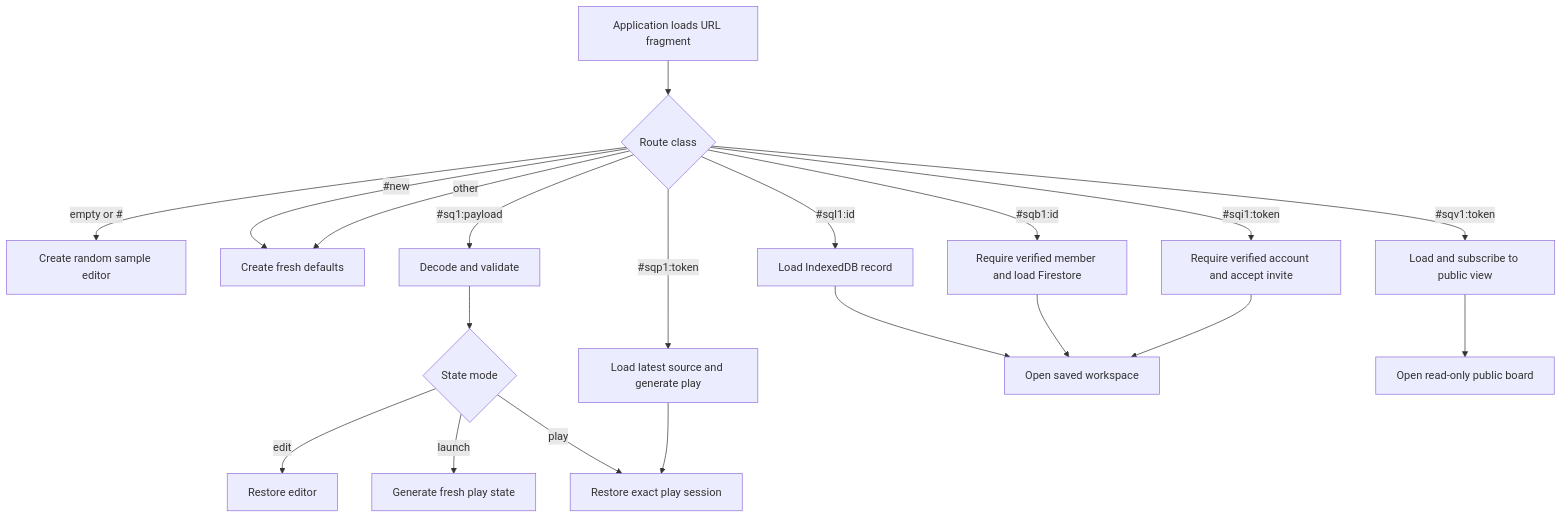
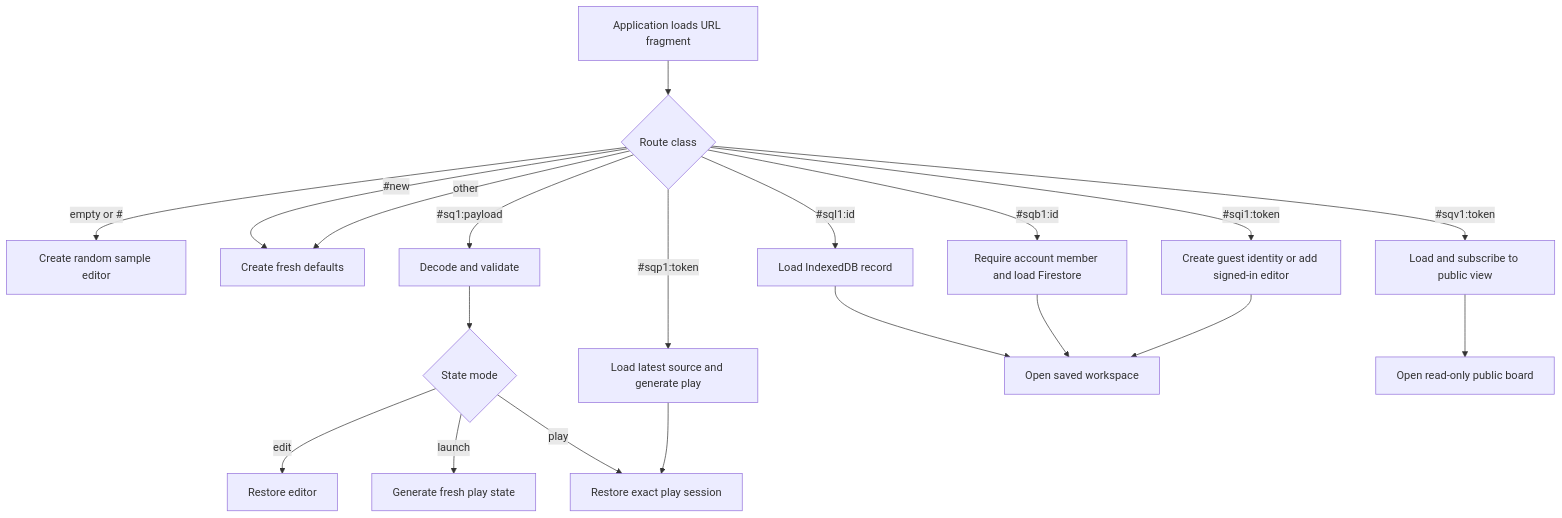
Before and after one commit to mikejhill/squarecast: the diagram in docs/state-and-routing.md, drawn with Mermaid. The commit also changed other lines of this file and 18 other files, not shown here.

Commit message:
Allow guest access through editor links

````diff
--- a/docs/state-and-routing.md
+++ b/docs/state-and-routing.md
@@ -58,22 +58,22 @@
 ```mermaid
 flowchart TD
     A["Application loads URL fragment"] --> B{"Route class"}
     B -- "empty or #" --> C["Create random sample editor"]
     B -- "#new" --> D["Create fresh defaults"]
     B -- "#sq1:payload" --> E["Decode and validate"]
     B -- "#sql1:id" --> L["Load IndexedDB record"]
-    B -- "#sqb1:id" --> M["Require verified member and load Firestore"]
+    B -- "#sqb1:id" --> M["Require account member and load Firestore"]
     B -- "#sqv1:token" --> V["Load and subscribe to public view"]
     B -- "#sqp1:token" --> P["Load latest source and generate play"]
-    B -- "#sqi1:token" --> Q["Require verified account and accept invite"]
+    B -- "#sqi1:token" --> Q["Create guest identity or add signed-in editor"]
     B -- "other" --> D
     E --> F{"State mode"}
     F -- "edit" --> G["Restore editor"]
     F -- "launch" --> H["Generate fresh play state"]
     F -- "play" --> I["Restore exact play session"]
     L --> J["Open saved workspace"]
     M --> J
     Q --> J
     V --> K["Open read-only public board"]
     P --> I
 ```
````
